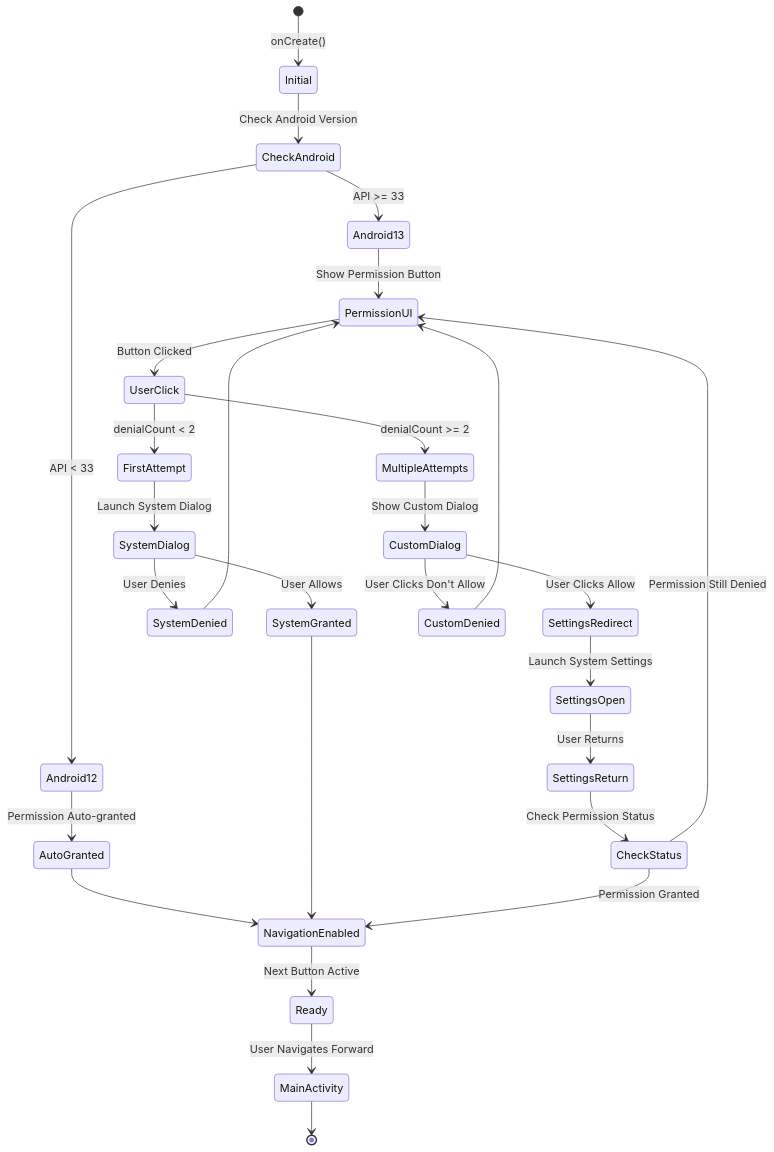
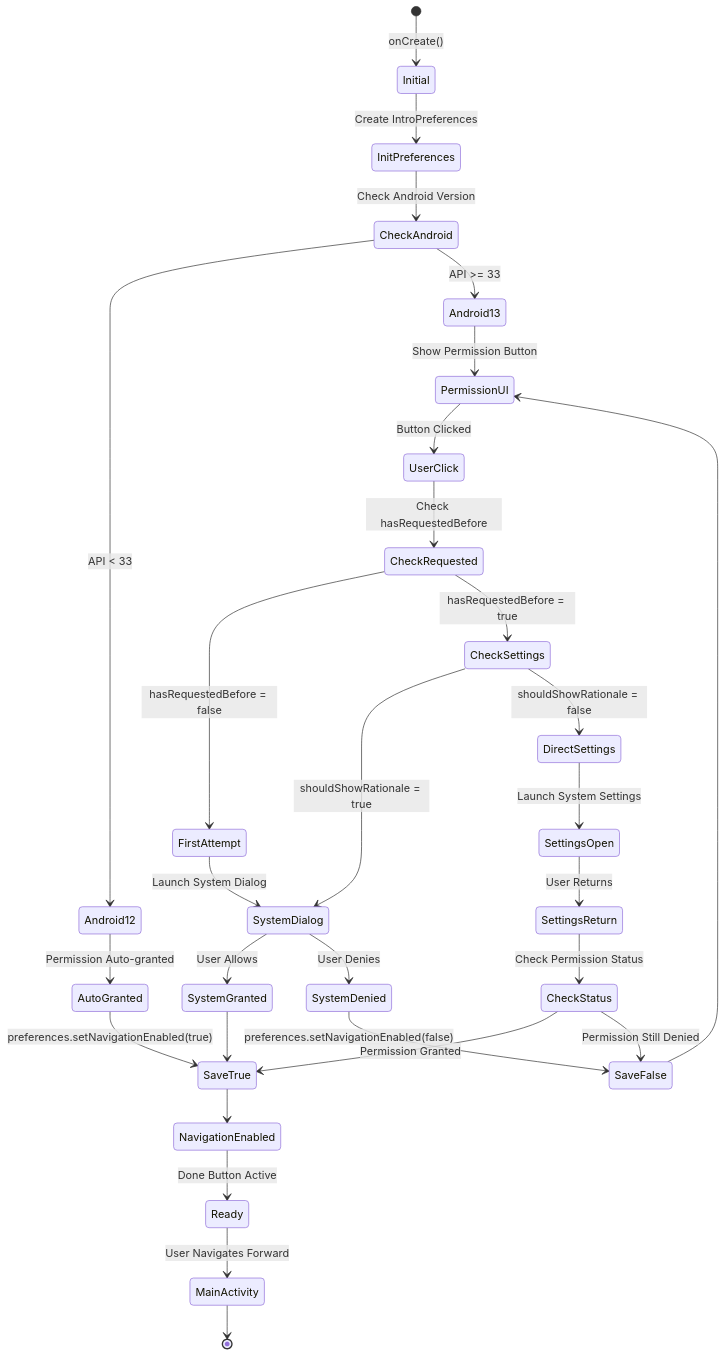
One commit to David6811/AndroidActivityLifeCycleDemo changed the sixth of 9 diagrams in docs/IntroActivity_Architecture.md. Above: the diagram before and after it, drawn with Mermaid. The commit also changed other lines of this file and 3 other files, not shown here.

````diff
--- a/docs/IntroActivity_Architecture.md
+++ b/docs/IntroActivity_Architecture.md
@@ -143,44 +200,47 @@
 ```mermaid
 stateDiagram-v2
     [*] --> Initial: onCreate()
     
-    Initial --> CheckAndroid: Check Android Version
+    Initial --> InitPreferences: Create IntroPreferences
+    InitPreferences --> CheckAndroid: Check Android Version
     
     CheckAndroid --> Android12: API < 33
     CheckAndroid --> Android13: API >= 33
     
     Android12 --> AutoGranted: Permission Auto-granted
-    AutoGranted --> NavigationEnabled
+    AutoGranted --> SaveTrue: preferences.setNavigationEnabled(true)
+    SaveTrue --> NavigationEnabled
     
     Android13 --> PermissionUI: Show Permission Button
     
     PermissionUI --> UserClick: Button Clicked
     
-    UserClick --> FirstAttempt: denialCount < 2
-    UserClick --> MultipleAttempts: denialCount >= 2
+    UserClick --> CheckRequested: Check hasRequestedBefore
+    
+    CheckRequested --> FirstAttempt: hasRequestedBefore = false
+    CheckRequested --> CheckSettings: hasRequestedBefore = true
+    
+    CheckSettings --> SystemDialog: shouldShowRationale = true
+    CheckSettings --> DirectSettings: shouldShowRationale = false
     
     FirstAttempt --> SystemDialog: Launch System Dialog
-    MultipleAttempts --> CustomDialog: Show Custom Dialog
     
     SystemDialog --> SystemGranted: User Allows
     SystemDialog --> SystemDenied: User Denies
     
-    CustomDialog --> SettingsRedirect: User Clicks Allow
-    CustomDialog --> CustomDenied: User Clicks Don't Allow
+    SystemGranted --> SaveTrue
+    SystemDenied --> SaveFalse: preferences.setNavigationEnabled(false)
+    SaveFalse --> PermissionUI
     
-    SystemGranted --> NavigationEnabled
-    SystemDenied --> PermissionUI
-    CustomDenied --> PermissionUI
-    
-    SettingsRedirect --> SettingsOpen: Launch System Settings
+    DirectSettings --> SettingsOpen: Launch System Settings
     SettingsOpen --> SettingsReturn: User Returns
     SettingsReturn --> CheckStatus: Check Permission Status
     
-    CheckStatus --> NavigationEnabled: Permission Granted
-    CheckStatus --> PermissionUI: Permission Still Denied
+    CheckStatus --> SaveTrue: Permission Granted
+    CheckStatus --> SaveFalse: Permission Still Denied
     
-    NavigationEnabled --> Ready: Next Button Active
+    NavigationEnabled --> Ready: Done Button Active
     Ready --> MainActivity: User Navigates Forward
     
     MainActivity --> [*]
 ```
````
